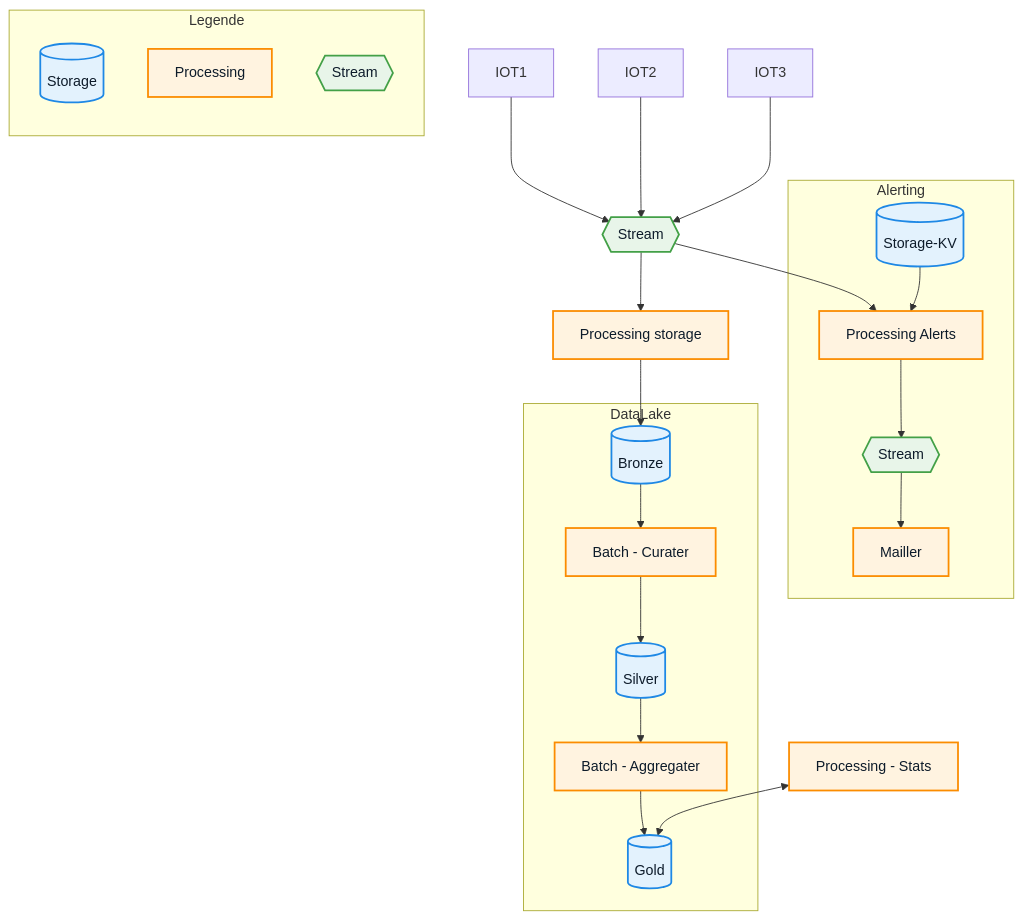
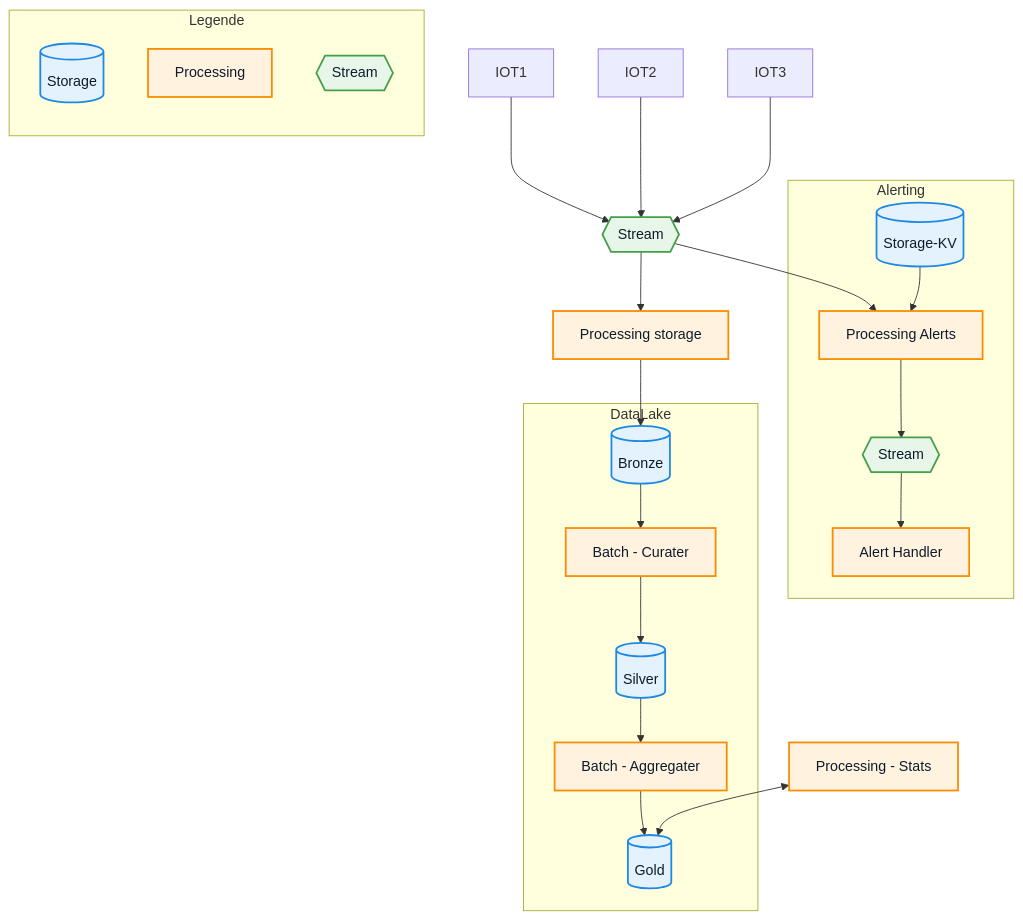
One commit to remicku/smart-grid-failure-detector changed the diagram in Architecture.mmd. Above: the diagram before and after it, drawn with Mermaid. The commit also changed 3 other files, not shown here.

Commit message:
docs: document alert handler module

```diff
--- a/Architecture.mmd
+++ b/Architecture.mmd
@@ -1,50 +1,50 @@
 flowchart TD
     IOT1 --> ST
     IOT2 --> ST
     IOT3 --> ST
 
     ST{{"Stream"}}:::stream --> P3
     ST --> P1
 
     P3[Processing storage]:::process --> S1
 
     %% 🔴 ALERTING
     subgraph Alerting
         P1[Processing Alerts]:::process
         S4[(Storage-KV)]:::storage
         ST2{{"Stream"}}:::stream
 
         S4 --> P1
         P1 --> ST2
         ST2 --> P4
     end
 
-    P4[Mailler]:::process
+    P4[Alert Handler]:::process
 
     %% 🔵 DATA LAKE
     subgraph DataLake
         S1[(Bronze)]:::storage --> P5
         P5[Batch - Curater]:::process --> S2
         S2[(Silver)]:::storage --> P6
         P6[Batch - Aggregater]:::process --> S3
         S3[(Gold)]:::storage
     end
 
     %% Stats
     P2[Processing - Stats]:::process <--> S3
 
 
     %% Detached Legend
     subgraph Legende
         direction TB
         LS[(Storage)]:::storage
         LP[Processing]:::process
         LST{{"Stream"}}:::stream
     end
 
 
     classDef storage fill:#E3F2FD,stroke:#1E88E5,color:#0D1B2A,stroke-width:2px;
     classDef process fill:#FFF3E0,stroke:#FB8C00,color:#0D1B2A,stroke-width:2px;
     classDef stream fill:#E8F5E9,stroke:#43A047,color:#0D1B2A,stroke-width:2px;
 
     classDef hidden fill:none,stroke:none;
```
